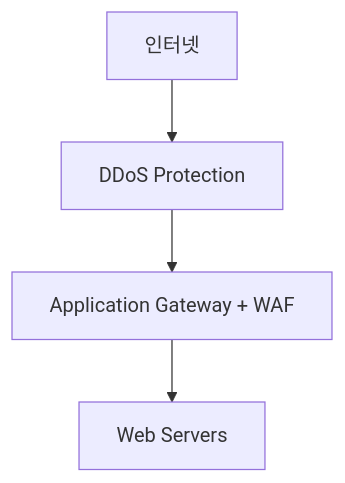
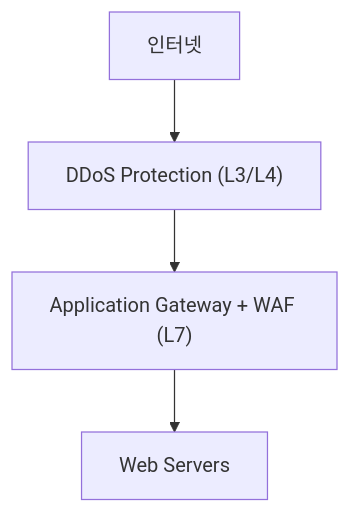
Before and after one commit to HamaPr/HamaPr.github.io: the diagram in _posts/cloud-azure/2025-09-22-DDoS_Protection_study.md, drawn with Mermaid. The commit also changed other lines of this file and 94 other files, not shown here.

````diff
--- a/_posts/cloud-azure/2025-09-22-DDoS_Protection_study.md
+++ b/_posts/cloud-azure/2025-09-22-DDoS_Protection_study.md
@@ -105,6 +112,6 @@
 ```mermaid
 flowchart TB
-    Internet["인터넷"] --> DDoS["DDoS Protection"]
-    DDoS --> AppGW["Application Gateway + WAF"]
+    Internet["인터넷"] --> DDoS["DDoS Protection (L3/L4)"]
+    DDoS --> AppGW["Application Gateway + WAF (L7)"]
     AppGW --> VM["Web Servers"]
 ```
````
